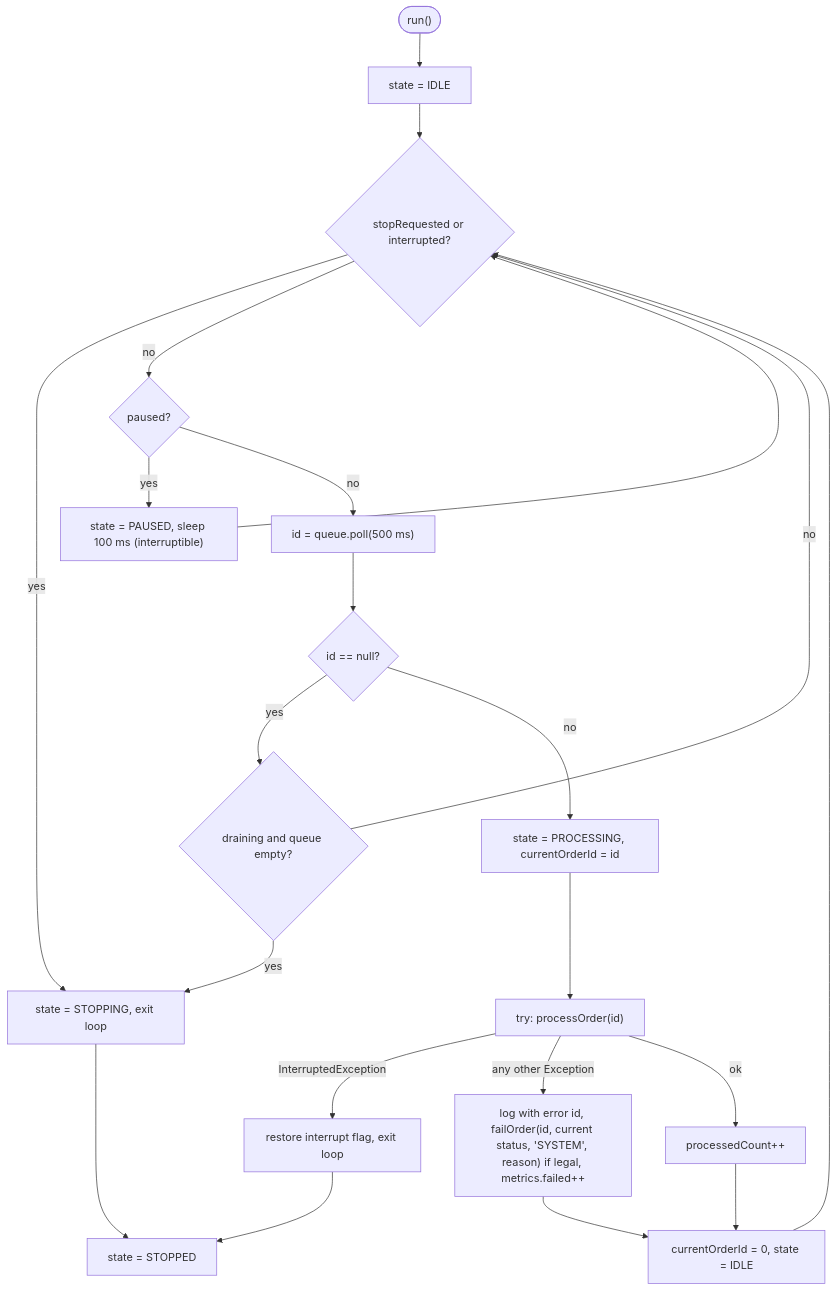
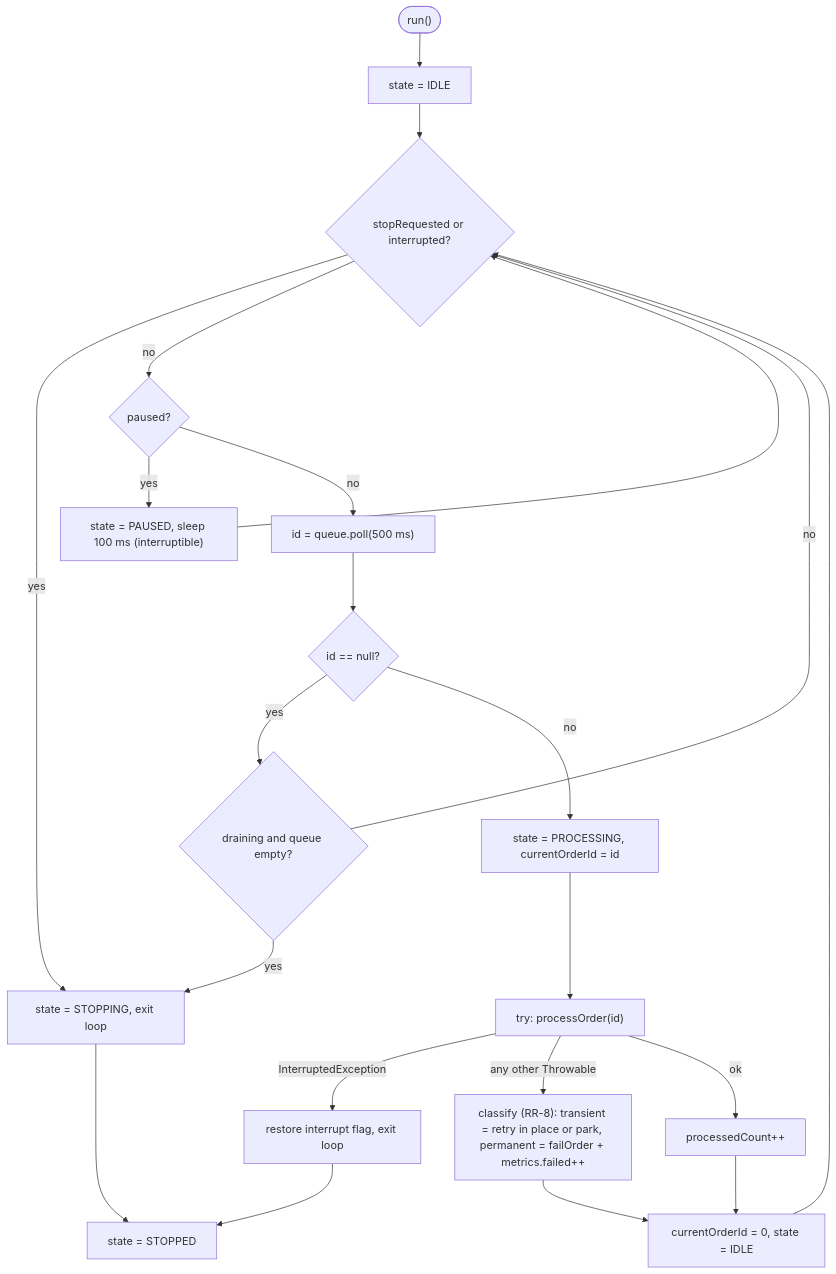
One commit to AlwinJose-9811/CloudKitchenOrchestrationSystem changed the ninth of 14 diagrams in docs/SDD.md. Above: the diagram before and after it, drawn with Mermaid. The commit also changed other lines of this file and 8 other files, not shown here.

First line of the commit message:
docs: finalize cloud kitchen architecture and requirements

````diff
--- a/docs/SDD.md
+++ b/docs/SDD.md
@@ -778,23 +799,23 @@
 ```mermaid
 flowchart TD
     S(["run()"]) --> ST["state = IDLE"]
     ST --> L{"stopRequested or interrupted?"}
     L -- yes --> X["state = STOPPING, exit loop"]
     L -- no --> P{"paused?"}
     P -- yes --> PS["state = PAUSED, sleep 100 ms (interruptible)"] --> L
     P -- no --> POLL["id = queue.poll(500 ms)"]
     POLL --> N{"id == null?"}
     N -- yes --> DR{"draining and queue empty?"}
     DR -- yes --> X
     DR -- no --> L
     N -- no --> PR["state = PROCESSING, currentOrderId = id"]
     PR --> TRY["try: processOrder(id)"]
     TRY -->|"InterruptedException"| INT["restore interrupt flag, exit loop"]
-    TRY -->|"any other Exception"| CATCH["log with error id, failOrder(id, current status, 'SYSTEM', reason) if legal, metrics.failed++"]
+    TRY -->|"any other Throwable"| CATCH["classify (RR-8): transient = retry in place or park, permanent = failOrder + metrics.failed++"]
     TRY -->|ok| DONE["processedCount++"]
     CATCH --> RESET
     DONE --> RESET["currentOrderId = 0, state = IDLE"]
     RESET --> L
     X --> EXIT["state = STOPPED"]
     INT --> EXIT
 ```
````
